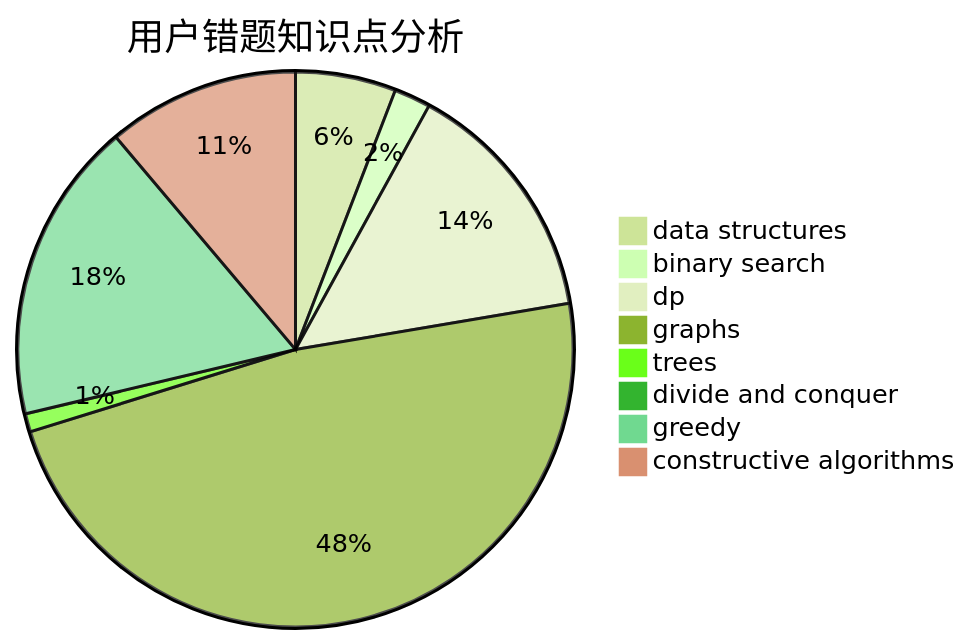
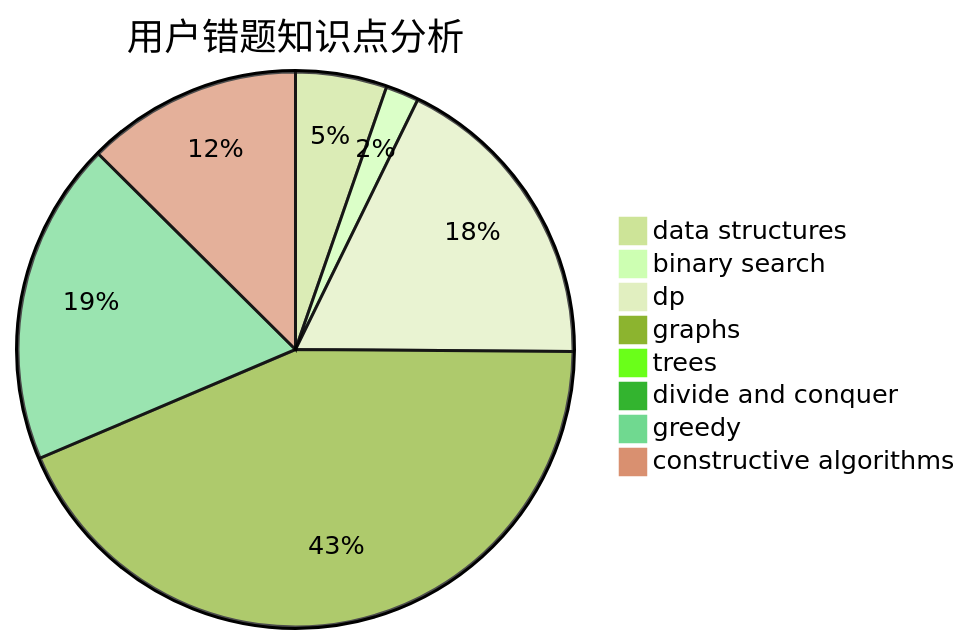
Before and after one commit to sherpahu/cfrs.github.io: the third of 3 diagrams in docs/user/u2426.md, drawn with Mermaid (forest theme). The commit also changed other lines of this file and 2770 other files, not shown here.

````diff
--- a/docs/user/u2426.md
+++ b/docs/user/u2426.md
@@ -36,11 +36,11 @@
 ```mermaid
 pie title 用户错题知识点分析
     "data structures" :  11
     "binary search" :  4
-    "dp" :  27
+    "dp" :  37
     "graphs" :  90
     "trees" :  2
     "divide and conquer" :  0
-    "greedy" :  33
-    "constructive algorithms" :  21
+    "greedy" :  39
+    "constructive algorithms" :  26
 ```
````
